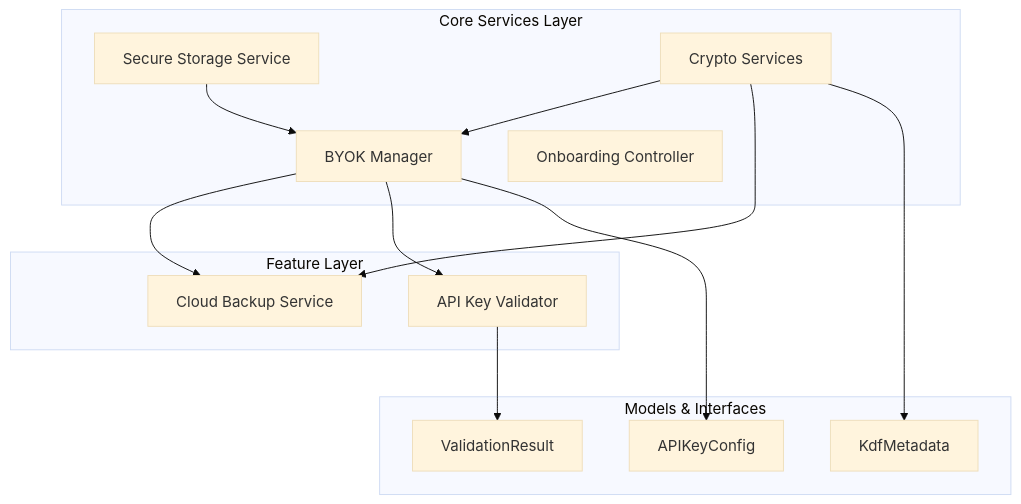
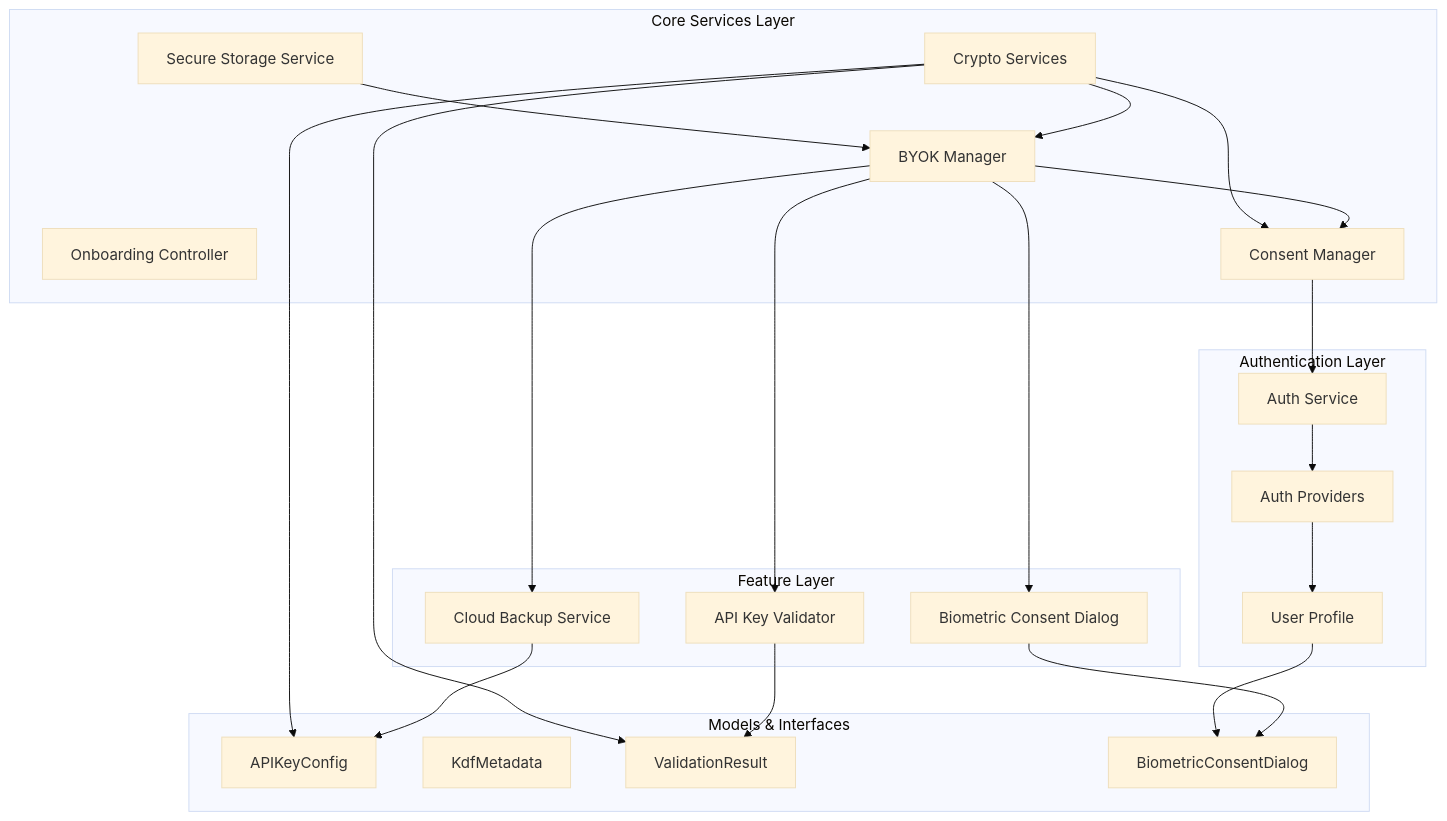
Before and after one commit to JAaron93/StyleSync: the first of 12 diagrams in .qoder/repowiki/en/content/Core Services/Privacy Services Suite.md, drawn with Mermaid (base theme). The commit also changed other lines of this file and 36 other files, not shown here.

````diff
--- a/.qoder/repowiki/en/content/Core Services/Privacy Services Suite.md
+++ b/.qoder/repowiki/en/content/Core Services/Privacy Services Suite.md
@@ -40,26 +59,42 @@
 ```mermaid
 graph TB
 subgraph "Core Services Layer"
 A[Secure Storage Service]
 B[Crypto Services]
 C[BYOK Manager]
 D[Onboarding Controller]
+E[Consent Manager]
 end
 subgraph "Feature Layer"
-E[Cloud Backup Service]
-F[API Key Validator]
+F[Cloud Backup Service]
+G[API Key Validator]
+H[Biometric Consent Dialog]
+end
+subgraph "Authentication Layer"
+I[Auth Service]
+J[Auth Providers]
+K[User Profile]
 end
 subgraph "Models & Interfaces"
-G[APIKeyConfig]
-H[KdfMetadata]
-I[ValidationResult]
+L[APIKeyConfig]
+M[KdfMetadata]
+N[ValidationResult]
+O[BiometricConsentDialog]
 end
 A --> C
 B --> C
 B --> E
 C --> E
 C --> F
 C --> G
-B --> H
-F --> I
+C --> H
+E --> I
+I --> J
+J --> K
+K --> O
+B --> L
+B --> N
+F --> L
+G --> N
+H --> O
 ```
````
